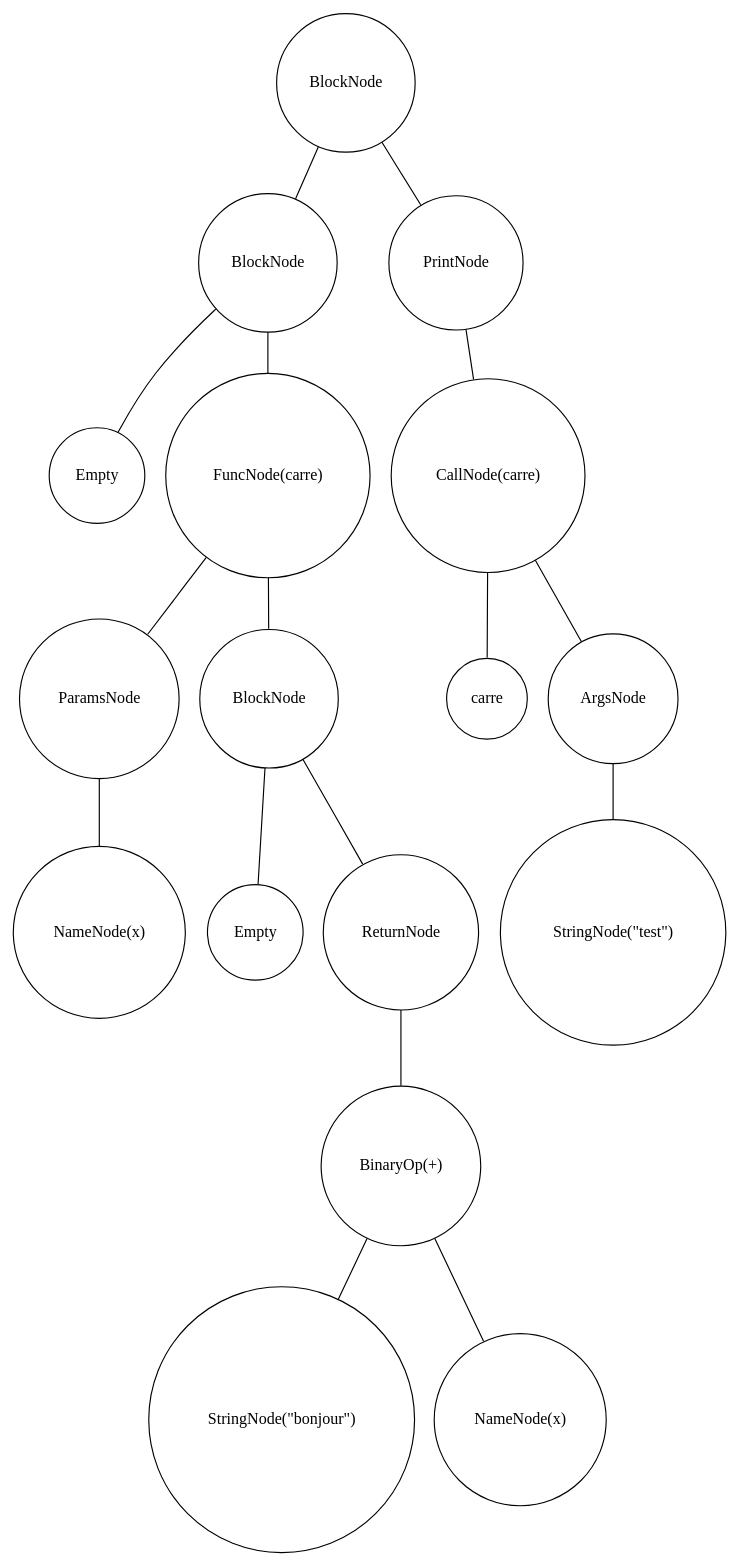
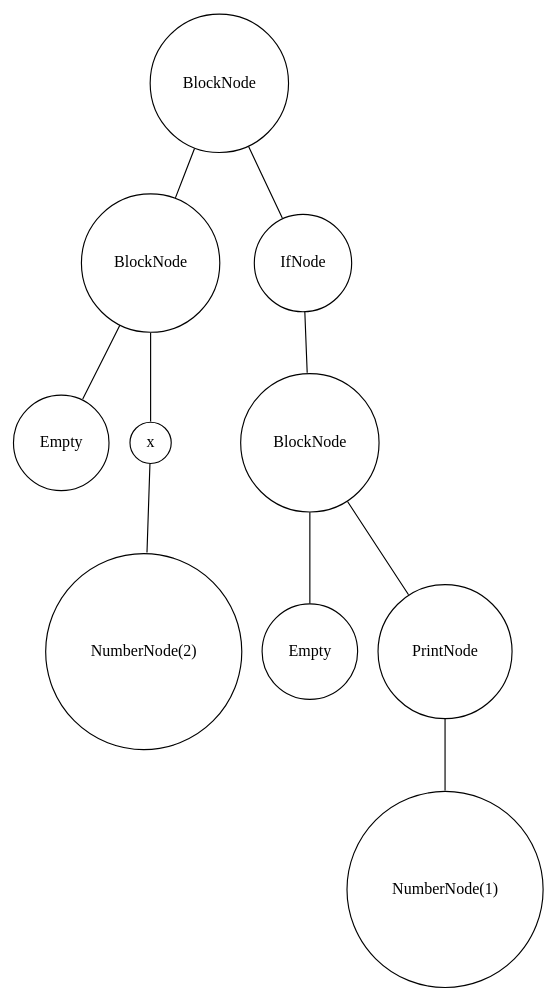
One commit to Artex6666/interpreteurPython changed the diagram in img/graph.gv. Above: the diagram before and after it, drawn with Graphviz. The commit also changed 9 other files, not shown here.

```diff
--- a/img/graph.gv
+++ b/img/graph.gv
@@ -1,36 +1,22 @@
 digraph {
 	node [shape=circle]
-	"685e6639-f501-4e45-a72c-e23004a00341" [label=BlockNode]
-	"0db5980a-40d4-45bd-84a4-0f7f7422cf17" [label=BlockNode]
-	"53e81f95-27be-4b84-b55b-8cfab28d2ad1" [label=Empty]
-	"0db5980a-40d4-45bd-84a4-0f7f7422cf17" -> "53e81f95-27be-4b84-b55b-8cfab28d2ad1" [arrowsize=0]
-	"5b7e28f1-f0a9-43bf-9dec-276a5499ee0e" [label="FuncNode(carre)"]
-	"59e0ed69-8037-4343-bbc0-7a89e6152b8d" [label=ParamsNode]
-	"51a78693-f873-4d97-8e15-133e27b17c75" [label="NameNode(x)"]
-	"59e0ed69-8037-4343-bbc0-7a89e6152b8d" -> "51a78693-f873-4d97-8e15-133e27b17c75" [arrowsize=0]
-	"5b7e28f1-f0a9-43bf-9dec-276a5499ee0e" -> "59e0ed69-8037-4343-bbc0-7a89e6152b8d" [arrowsize=0]
-	"df5b07eb-17bb-49c7-aaca-0b79d24b07e6" [label=BlockNode]
-	"59bf4ac4-51b8-4dd5-ac6c-6aab2c56a3f5" [label=Empty]
-	"df5b07eb-17bb-49c7-aaca-0b79d24b07e6" -> "59bf4ac4-51b8-4dd5-ac6c-6aab2c56a3f5" [arrowsize=0]
-	"7cc14cc5-bbaf-48ca-8eb2-620cc4bc3595" [label=ReturnNode]
-	"1ec0386a-52ae-4546-9407-0f0c6cd2afaf" [label="BinaryOp(+)"]
-	"3d54c556-5302-46d2-8204-da99c87ae181" [label="StringNode(\"bonjour\")"]
-	"1ec0386a-52ae-4546-9407-0f0c6cd2afaf" -> "3d54c556-5302-46d2-8204-da99c87ae181" [arrowsize=0]
-	"7c5c43de-e561-4572-9c86-952ad227b981" [label="NameNode(x)"]
-	"1ec0386a-52ae-4546-9407-0f0c6cd2afaf" -> "7c5c43de-e561-4572-9c86-952ad227b981" [arrowsize=0]
-	"7cc14cc5-bbaf-48ca-8eb2-620cc4bc3595" -> "1ec0386a-52ae-4546-9407-0f0c6cd2afaf" [arrowsize=0]
-	"df5b07eb-17bb-49c7-aaca-0b79d24b07e6" -> "7cc14cc5-bbaf-48ca-8eb2-620cc4bc3595" [arrowsize=0]
-	"5b7e28f1-f0a9-43bf-9dec-276a5499ee0e" -> "df5b07eb-17bb-49c7-aaca-0b79d24b07e6" [arrowsize=0]
-	"0db5980a-40d4-45bd-84a4-0f7f7422cf17" -> "5b7e28f1-f0a9-43bf-9dec-276a5499ee0e" [arrowsize=0]
-	"685e6639-f501-4e45-a72c-e23004a00341" -> "0db5980a-40d4-45bd-84a4-0f7f7422cf17" [arrowsize=0]
-	"43867919-be17-4517-9fa2-9068ea3e7270" [label=PrintNode]
-	"16b21140-f8f9-48e1-af03-ffd665a45726" [label="CallNode(carre)"]
-	"e6a18583-7aa0-45b7-b151-ce666f3ae24c" [label=carre]
-	"16b21140-f8f9-48e1-af03-ffd665a45726" -> "e6a18583-7aa0-45b7-b151-ce666f3ae24c" [arrowsize=0]
-	"210d563e-fc66-4a53-bd0f-9717a16f25b6" [label=ArgsNode]
-	"c0dad559-9601-4d5e-a11b-314b2d25ff02" [label="StringNode(\"test\")"]
-	"210d563e-fc66-4a53-bd0f-9717a16f25b6" -> "c0dad559-9601-4d5e-a11b-314b2d25ff02" [arrowsize=0]
-	"16b21140-f8f9-48e1-af03-ffd665a45726" -> "210d563e-fc66-4a53-bd0f-9717a16f25b6" [arrowsize=0]
-	"43867919-be17-4517-9fa2-9068ea3e7270" -> "16b21140-f8f9-48e1-af03-ffd665a45726" [arrowsize=0]
-	"685e6639-f501-4e45-a72c-e23004a00341" -> "43867919-be17-4517-9fa2-9068ea3e7270" [arrowsize=0]
+	"a14884f1-8d91-49e1-b4ff-aca515ec9429" [label=BlockNode]
+	"fedefd24-5e0a-40d3-8b92-639c9c130d8b" [label=BlockNode]
+	"28f058e4-c4eb-4b38-a9d2-21357f025c6a" [label=Empty]
+	"fedefd24-5e0a-40d3-8b92-639c9c130d8b" -> "28f058e4-c4eb-4b38-a9d2-21357f025c6a" [arrowsize=0]
+	"eeca2f67-d0ac-4b53-ade0-60ceaa9ab2d2" [label=x]
+	"09939f91-322c-4e6e-93f1-22458e3db83c" [label="NumberNode(2)"]
+	"eeca2f67-d0ac-4b53-ade0-60ceaa9ab2d2" -> "09939f91-322c-4e6e-93f1-22458e3db83c" [arrowsize=0]
+	"fedefd24-5e0a-40d3-8b92-639c9c130d8b" -> "eeca2f67-d0ac-4b53-ade0-60ceaa9ab2d2" [arrowsize=0]
+	"a14884f1-8d91-49e1-b4ff-aca515ec9429" -> "fedefd24-5e0a-40d3-8b92-639c9c130d8b" [arrowsize=0]
+	"68642f2e-81ca-488d-9a82-1eb4b3c38453" [label=IfNode]
+	"e3b2f9fc-731c-4d2e-93be-5f3a038e050f" [label=BlockNode]
+	"7ef09800-021b-4cb8-94af-4f9f03c9cead" [label=Empty]
+	"e3b2f9fc-731c-4d2e-93be-5f3a038e050f" -> "7ef09800-021b-4cb8-94af-4f9f03c9cead" [arrowsize=0]
+	"ce2ff3fa-2122-436b-b357-5e9008273e66" [label=PrintNode]
+	"3eaeae19-b49d-4314-9d6c-efdef7179631" [label="NumberNode(1)"]
+	"ce2ff3fa-2122-436b-b357-5e9008273e66" -> "3eaeae19-b49d-4314-9d6c-efdef7179631" [arrowsize=0]
+	"e3b2f9fc-731c-4d2e-93be-5f3a038e050f" -> "ce2ff3fa-2122-436b-b357-5e9008273e66" [arrowsize=0]
+	"68642f2e-81ca-488d-9a82-1eb4b3c38453" -> "e3b2f9fc-731c-4d2e-93be-5f3a038e050f" [arrowsize=0]
+	"a14884f1-8d91-49e1-b4ff-aca515ec9429" -> "68642f2e-81ca-488d-9a82-1eb4b3c38453" [arrowsize=0]
 }
```
